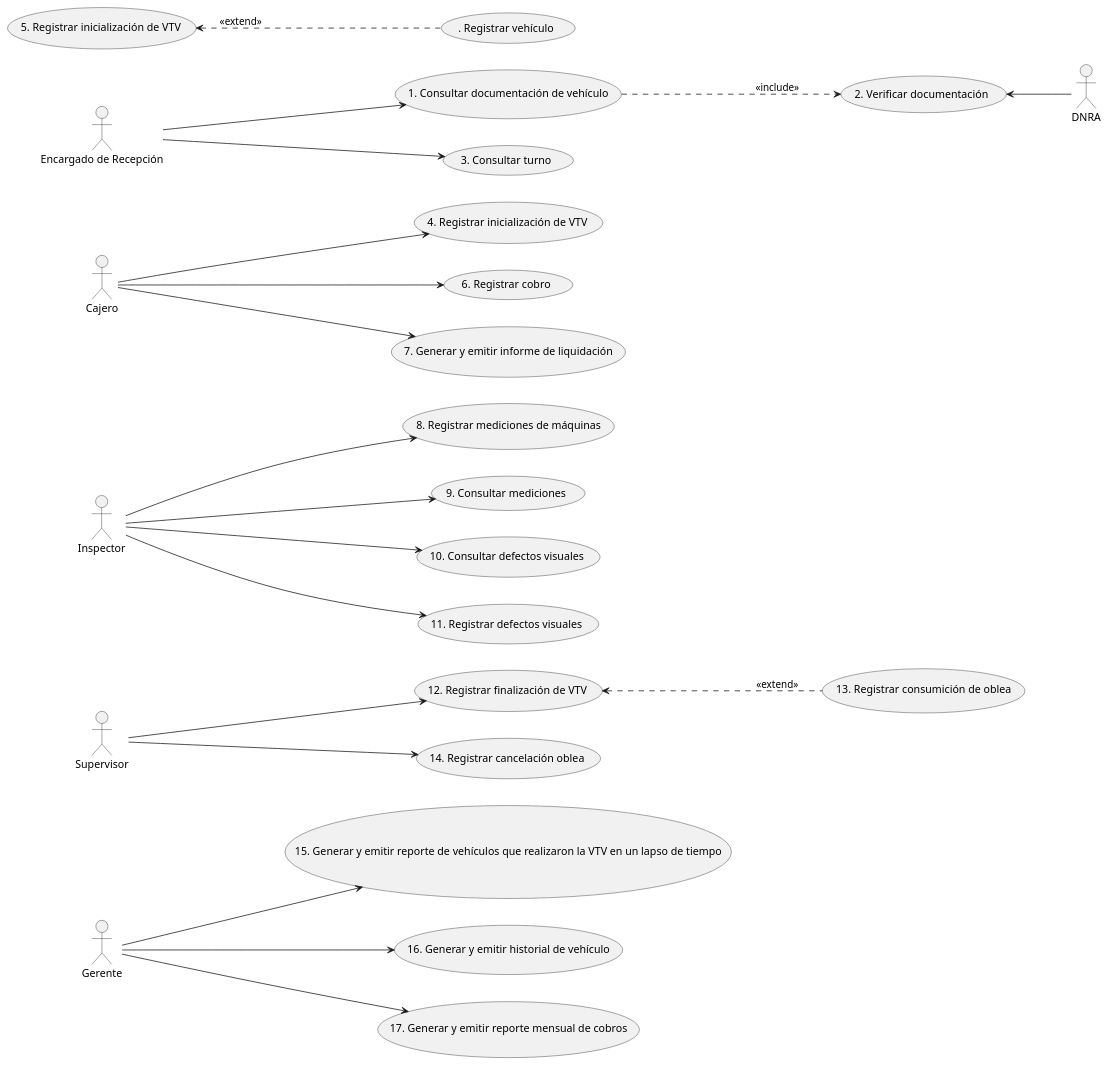
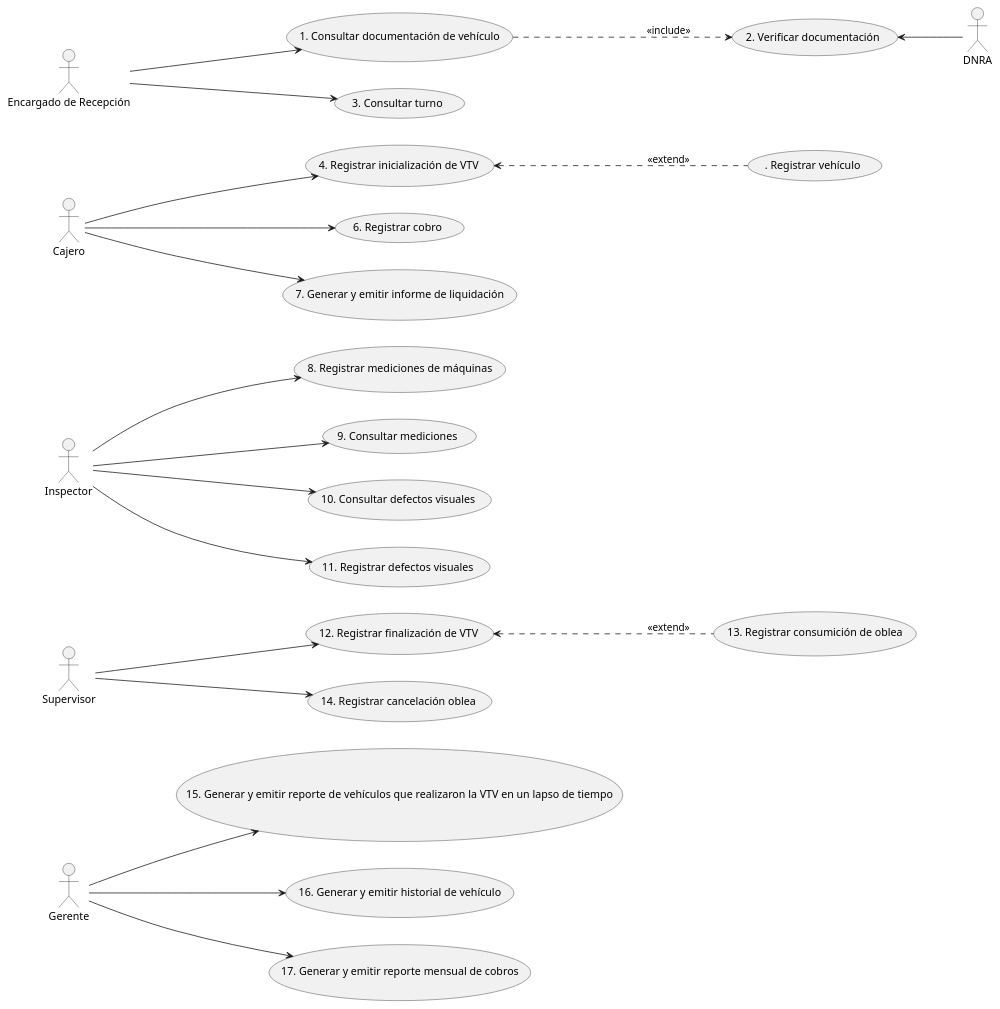
The second of 3 diagrams in Diagramas.plantuml (JulianFermani/TPI2024-CA13), drawn with PlantUML before and after one commit.

Commit message:
Fix rapidisimo

```diff
--- a/Diagramas.plantuml
+++ b/Diagramas.plantuml
@@ -189,34 +189,34 @@
 @startuml Diagrama_de_casos_de_uso_esenciales
 left to right direction
 :Gerente: as G
 :Supervisor: as S
 :Inspector: as I
 :Cajero: as C
 :Encargado de Recepción: as ER
 :DNRA: as DNRA
 
 ER --> (1. Consultar documentación de vehículo)
 (1. Consultar documentación de vehículo) ..> (2. Verificar documentación) : <<include>>
 (2. Verificar documentación) <-- DNRA 
 ER --> (3. Consultar turno)
 
 C --> (4. Registrar inicialización de VTV)
-(5. Registrar inicialización de VTV) <.. (. Registrar vehículo) : <<extend>> 
+(4. Registrar inicialización de VTV) <.. (. Registrar vehículo) : <<extend>> 
 C --> (6. Registrar cobro)
 (6. Registrar cobro)
 C --> (7. Generar y emitir informe de liquidación)
 
 I --> (8. Registrar mediciones de máquinas)
 I --> (9. Consultar mediciones)
 I --> (10. Consultar defectos visuales)
 I --> (11. Registrar defectos visuales)
 
 S --> (12. Registrar finalización de VTV) 
 (12. Registrar finalización de VTV) <.. (13. Registrar consumición de oblea)  : <<extend>>
 S --> (14. Registrar cancelación oblea)
 
 G --> (15. Generar y emitir reporte de vehículos que realizaron la VTV en un lapso de tiempo)
 G --> (16. Generar y emitir historial de vehículo)
 G --> (17. Generar y emitir reporte mensual de cobros)
 
 @enduml
```
